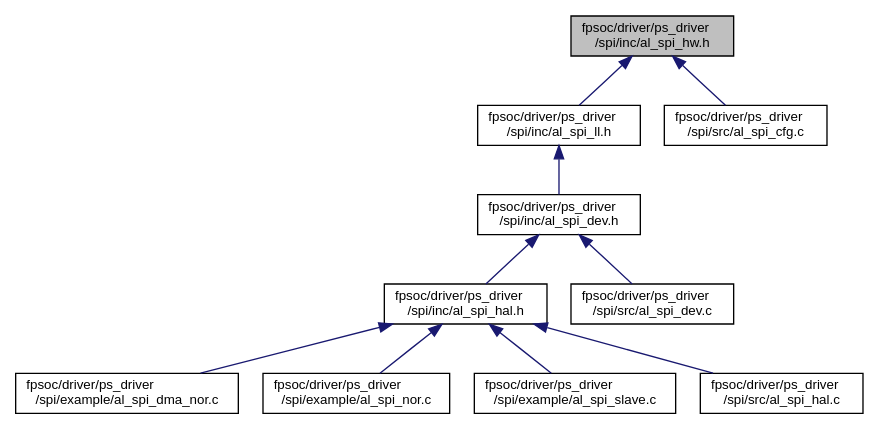
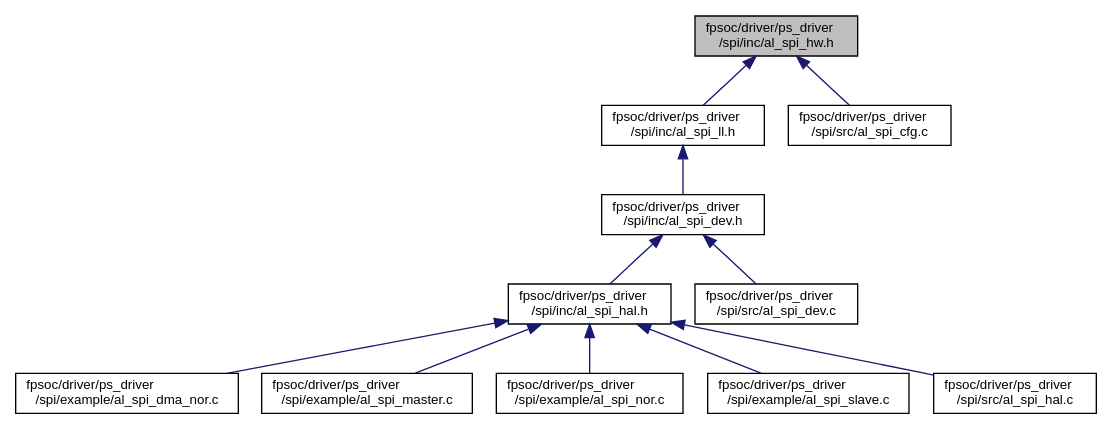
Before and after one commit to wugensheng-code/sdk: the diagram in docs/drivers/spi/al__spi__hw_8h__dep__incl.dot, drawn with Graphviz. The commit also changed 3688 other files, not shown here.

```diff
--- a/docs/drivers/spi/al__spi__hw_8h__dep__incl.dot
+++ b/docs/drivers/spi/al__spi__hw_8h__dep__incl.dot
@@ -1,24 +1,26 @@
 digraph "fpsoc/driver/ps_driver/spi/inc/al_spi_hw.h"
 {
   edge [fontname="Helvetica",fontsize="10",labelfontname="Helvetica",labelfontsize="10"];
   node [fontname="Helvetica",fontsize="10",shape=record];
   Node2 [label="fpsoc/driver/ps_driver\l/spi/inc/al_spi_hw.h",height=0.2,width=0.4,color="black", fillcolor="grey75", style="filled", fontcolor="black"];
   Node2 -> Node3 [dir="back",color="midnightblue",fontsize="10",style="solid",fontname="Helvetica"];
   Node3 [label="fpsoc/driver/ps_driver\l/spi/inc/al_spi_ll.h",height=0.2,width=0.4,color="black", fillcolor="white", style="filled",URL="$al__spi__ll_8h.html"];
   Node3 -> Node4 [dir="back",color="midnightblue",fontsize="10",style="solid",fontname="Helvetica"];
   Node4 [label="fpsoc/driver/ps_driver\l/spi/inc/al_spi_dev.h",height=0.2,width=0.4,color="black", fillcolor="white", style="filled",URL="$al__spi__dev_8h.html"];
   Node4 -> Node5 [dir="back",color="midnightblue",fontsize="10",style="solid",fontname="Helvetica"];
   Node5 [label="fpsoc/driver/ps_driver\l/spi/inc/al_spi_hal.h",height=0.2,width=0.4,color="black", fillcolor="white", style="filled",URL="$al__spi__hal_8h.html"];
   Node5 -> Node6 [dir="back",color="midnightblue",fontsize="10",style="solid",fontname="Helvetica"];
-  Node6 [label="fpsoc/driver/ps_driver\l/spi/example/al_spi_dma_nor.c",height=0.2,width=0.4,color="black", fillcolor="white", style="filled",URL="$al__spi__dma__nor_8c.html"];
+  Node6 [label="fpsoc/driver/ps_driver\l/spi/example/al_spi_dma_nor.c",height=0.2,width=0.4,color="black", fillcolor="white", style="filled",URL="$al__spi__dma__nor_8c.html",tooltip="al_spi_dma_nor example "];
   Node5 -> Node7 [dir="back",color="midnightblue",fontsize="10",style="solid",fontname="Helvetica"];
-  Node7 [label="fpsoc/driver/ps_driver\l/spi/example/al_spi_nor.c",height=0.2,width=0.4,color="black", fillcolor="white", style="filled",URL="$al__spi__nor_8c.html"];
+  Node7 [label="fpsoc/driver/ps_driver\l/spi/example/al_spi_master.c",height=0.2,width=0.4,color="black", fillcolor="white", style="filled",URL="$al__spi__master_8c.html",tooltip="al_spi_master example "];
   Node5 -> Node8 [dir="back",color="midnightblue",fontsize="10",style="solid",fontname="Helvetica"];
-  Node8 [label="fpsoc/driver/ps_driver\l/spi/example/al_spi_slave.c",height=0.2,width=0.4,color="black", fillcolor="white", style="filled",URL="$al__spi__slave_8c.html"];
+  Node8 [label="fpsoc/driver/ps_driver\l/spi/example/al_spi_nor.c",height=0.2,width=0.4,color="black", fillcolor="white", style="filled",URL="$al__spi__nor_8c.html",tooltip="al_spi_nor example "];
   Node5 -> Node9 [dir="back",color="midnightblue",fontsize="10",style="solid",fontname="Helvetica"];
-  Node9 [label="fpsoc/driver/ps_driver\l/spi/src/al_spi_hal.c",height=0.2,width=0.4,color="black", fillcolor="white", style="filled",URL="$al__spi__hal_8c.html"];
-  Node4 -> Node10 [dir="back",color="midnightblue",fontsize="10",style="solid",fontname="Helvetica"];
-  Node10 [label="fpsoc/driver/ps_driver\l/spi/src/al_spi_dev.c",height=0.2,width=0.4,color="black", fillcolor="white", style="filled",URL="$al__spi__dev_8c.html"];
-  Node2 -> Node11 [dir="back",color="midnightblue",fontsize="10",style="solid",fontname="Helvetica"];
-  Node11 [label="fpsoc/driver/ps_driver\l/spi/src/al_spi_cfg.c",height=0.2,width=0.4,color="black", fillcolor="white", style="filled",URL="$al__spi__cfg_8c.html"];
+  Node9 [label="fpsoc/driver/ps_driver\l/spi/example/al_spi_slave.c",height=0.2,width=0.4,color="black", fillcolor="white", style="filled",URL="$al__spi__slave_8c.html",tooltip="al_spi_slave example "];
+  Node5 -> Node10 [dir="back",color="midnightblue",fontsize="10",style="solid",fontname="Helvetica"];
+  Node10 [label="fpsoc/driver/ps_driver\l/spi/src/al_spi_hal.c",height=0.2,width=0.4,color="black", fillcolor="white", style="filled",URL="$al__spi__hal_8c.html"];
+  Node4 -> Node11 [dir="back",color="midnightblue",fontsize="10",style="solid",fontname="Helvetica"];
+  Node11 [label="fpsoc/driver/ps_driver\l/spi/src/al_spi_dev.c",height=0.2,width=0.4,color="black", fillcolor="white", style="filled",URL="$al__spi__dev_8c.html"];
+  Node2 -> Node12 [dir="back",color="midnightblue",fontsize="10",style="solid",fontname="Helvetica"];
+  Node12 [label="fpsoc/driver/ps_driver\l/spi/src/al_spi_cfg.c",height=0.2,width=0.4,color="black", fillcolor="white", style="filled",URL="$al__spi__cfg_8c.html"];
 }
```
